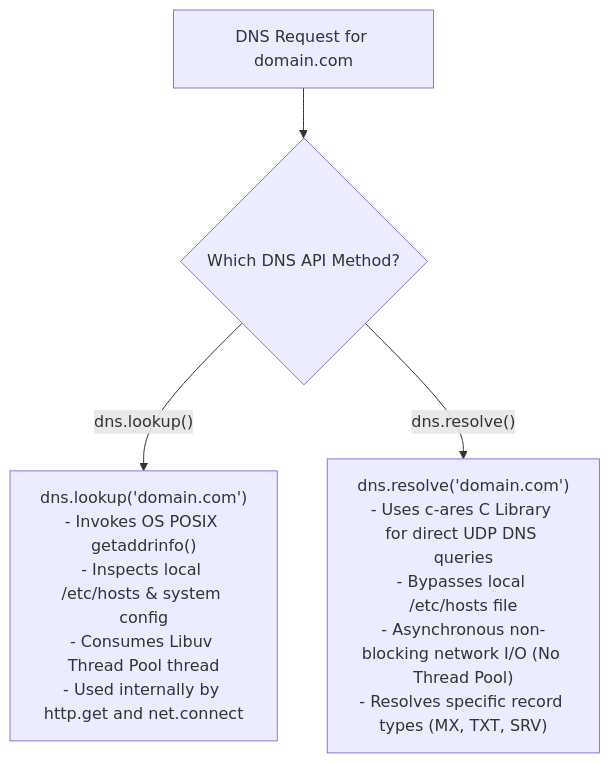
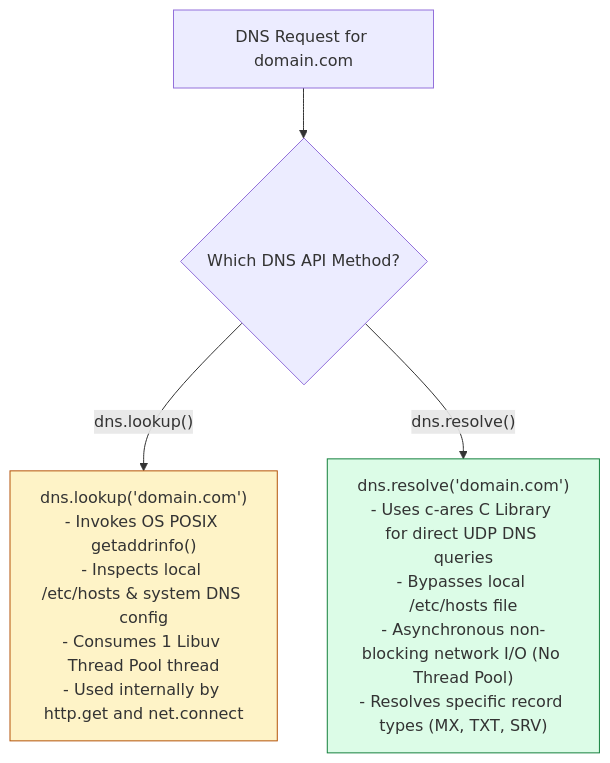
Before and after one commit to Amie-dev/engineering-playbook: the first of 3 diagrams in nodejs-notes/24-dns-module.md, drawn with Mermaid. The commit also changed other lines of this file and 31 other files, not shown here.

````diff
--- a/nodejs-notes/24-dns-module.md
+++ b/nodejs-notes/24-dns-module.md
@@ -13,8 +15,11 @@
 ```mermaid
 flowchart TD
     DNSCall[DNS Request for domain.com] --> MethodCheck{Which DNS API Method?}
     
-    MethodCheck -- dns.lookup() --> OSPath["dns.lookup('domain.com')<br/>- Invokes OS POSIX getaddrinfo()<br/>- Inspects local /etc/hosts & system config<br/>- Consumes Libuv Thread Pool thread<br/>- Used internally by http.get and net.connect"]
+    MethodCheck -- "dns.lookup()" --> OSPath["dns.lookup('domain.com')<br/>- Invokes OS POSIX getaddrinfo()<br/>- Inspects local /etc/hosts & system DNS config<br/>- Consumes 1 Libuv Thread Pool thread<br/>- Used internally by http.get and net.connect"]
 
-    MethodCheck -- dns.resolve() --> NetworkPath["dns.resolve('domain.com')<br/>- Uses c-ares C Library for direct UDP DNS queries<br/>- Bypasses local /etc/hosts file<br/>- Asynchronous non-blocking network I/O (No Thread Pool)<br/>- Resolves specific record types (MX, TXT, SRV)"]
+    MethodCheck -- "dns.resolve()" --> NetworkPath["dns.resolve('domain.com')<br/>- Uses c-ares C Library for direct UDP DNS queries<br/>- Bypasses local /etc/hosts file<br/>- Asynchronous non-blocking network I/O (No Thread Pool)<br/>- Resolves specific record types (MX, TXT, SRV)"]
+
+    style OSPath fill:#fef3c7,stroke:#b45309
+    style NetworkPath fill:#dcfce7,stroke:#15803d
 ```
````
